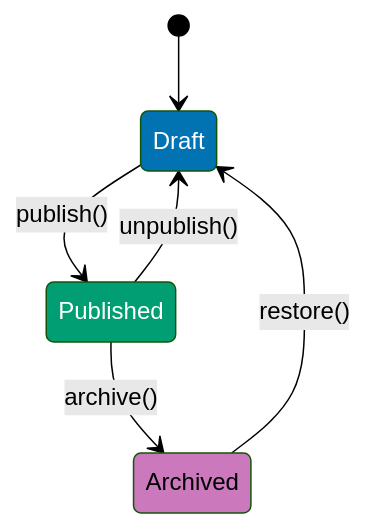
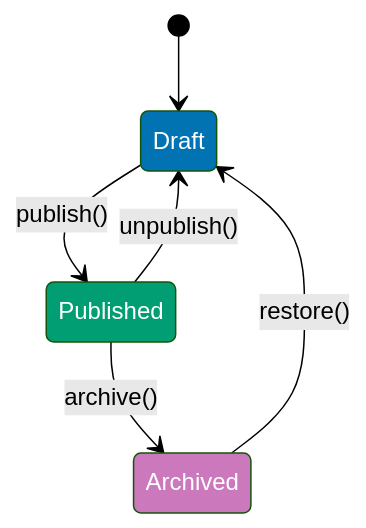
Before and after one commit to wahidyankf/open-sharia-enterprise: the fifth of 6 diagrams in apps/ayokoding-web/content/en/learn/software-engineering/development/test-driven-development-tdd/by-example/intermediate.md, drawn with Mermaid (forest theme). The commit also changed other lines of this file and 61 other files, not shown here.

First line of the commit message:
fix(ayokoding-web): quote Mermaid node labels with special characters in Example 63

````diff
--- a/apps/ayokoding-web/content/en/learn/software-engineering/development/test-driven-development-tdd/by-example/intermediate.md
+++ b/apps/ayokoding-web/content/en/learn/software-engineering/development/test-driven-development-tdd/by-example/intermediate.md
@@ -1786,13 +1786,13 @@
 ```mermaid
 %% Color Palette: Blue #0173B2, Orange #DE8F05, Teal #029E73, Purple #CC78BC
 stateDiagram-v2
     [*] --> Draft
     Draft --> Published: publish()
     Published --> Archived: archive()
     Archived --> Draft: restore()
     Published --> Draft: unpublish()
 
     style Draft fill:#0173B2,color:#fff
     style Published fill:#029E73,color:#fff
-    style Archived fill:#CC78BC,color:#000
+    style Archived fill:#CC78BC,color:#fff
 ```
````
